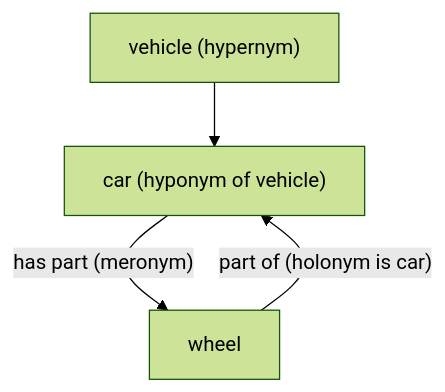
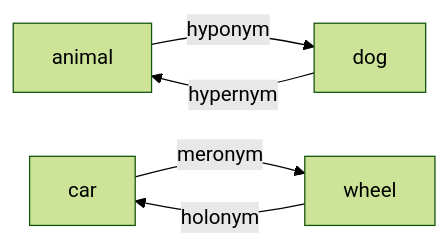
One commit to TrendySloth1001/sem-seven-notes changed the diagram in content/natural-language-processing/pyq/2023-12-ce/q1d.hi.mdx. Above: the diagram before and after it, drawn with Mermaid (forest theme). The commit also changed other lines of this file and 406 other files, not shown here.

````diff
--- a/content/natural-language-processing/pyq/2023-12-ce/q1d.hi.mdx
+++ b/content/natural-language-processing/pyq/2023-12-ce/q1d.hi.mdx
@@ -12,7 +15,8 @@
 ```mermaid
-%% caption: Kind-of links vertical chain mein upar-neeche jaate hain; part-of links whole se uske parts tak side mein jaate hain.
-flowchart TD
-  V["vehicle (hypernym)"] --> C["car (hyponym of vehicle)"]
-  C -- "has part (meronym)" --> W["wheel"]
-  W -- "part of (holonym is car)" --> C
+%% caption: Hyponymy aur hypernymy kind (is-a) ke baare mein hain; meronymy aur holonymy parts (part-of) ke baare mein.
+flowchart LR
+  A["animal"] -->|"hyponym"| B["dog"]
+  B -->|"hypernym"| A
+  C["car"] -->|"meronym"| D["wheel"]
+  D -->|"holonym"| C
 ```
````
